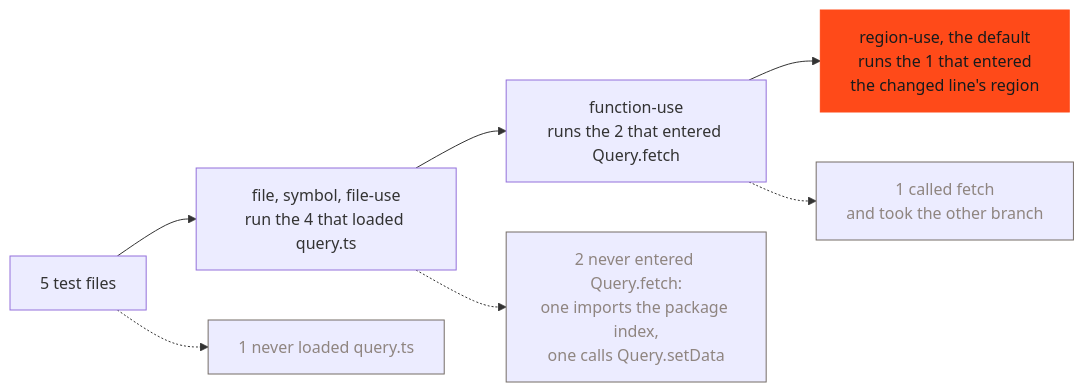
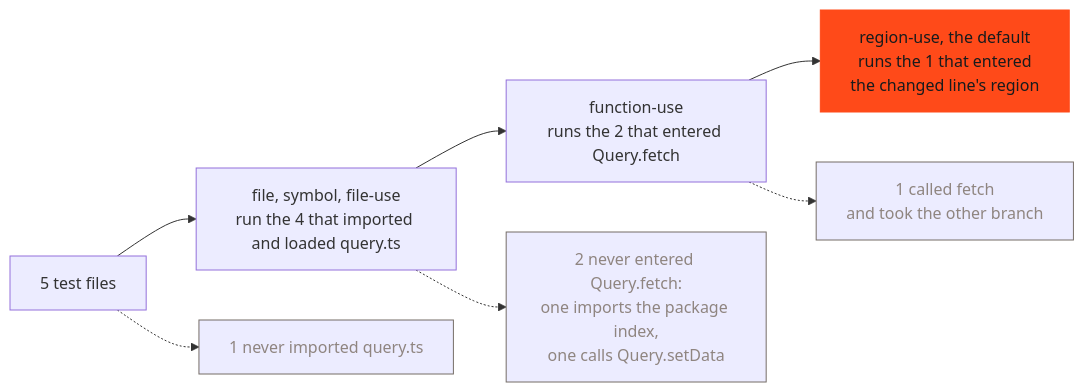
Before and after one commit to Variance-Authority/variance-authority: the third of 8 diagrams in docs/selecting.md, drawn with Mermaid. The commit also changed other lines of this file and 2 other files, not shown here.

Commit message:
docs(selecting): one owner per fact, the hydration chart beside the index argument

````diff
--- a/docs/selecting.md
+++ b/docs/selecting.md
@@ -304,13 +304,13 @@
 ```mermaid
 flowchart LR
-  all["5 test files"] --> file["file, symbol, file-use<br/>run the 4 that loaded query.ts"]
+  all["5 test files"] --> file["file, symbol, file-use<br/>run the 4 that imported and loaded query.ts"]
   file --> fn["function-use<br/>runs the 2 that entered Query.fetch"]
   fn --> region["region-use, the default<br/>runs the 1 that entered<br/>the changed line's region"]
-  all -.-> d0["1 never loaded query.ts"]
+  all -.-> d0["1 never imported query.ts"]
   file -.-> d1["2 never entered Query.fetch:<br/>one imports the package index,<br/>one calls Query.setData"]
   fn -.-> d2["1 called fetch<br/>and took the other branch"]
   classDef chosen fill:#ff4a19,stroke:#ff4a19,color:#181b1d
   classDef dropped stroke:#756d67,color:#8f8580
   class region chosen
   class d0,d1,d2 dropped
 ```
````
